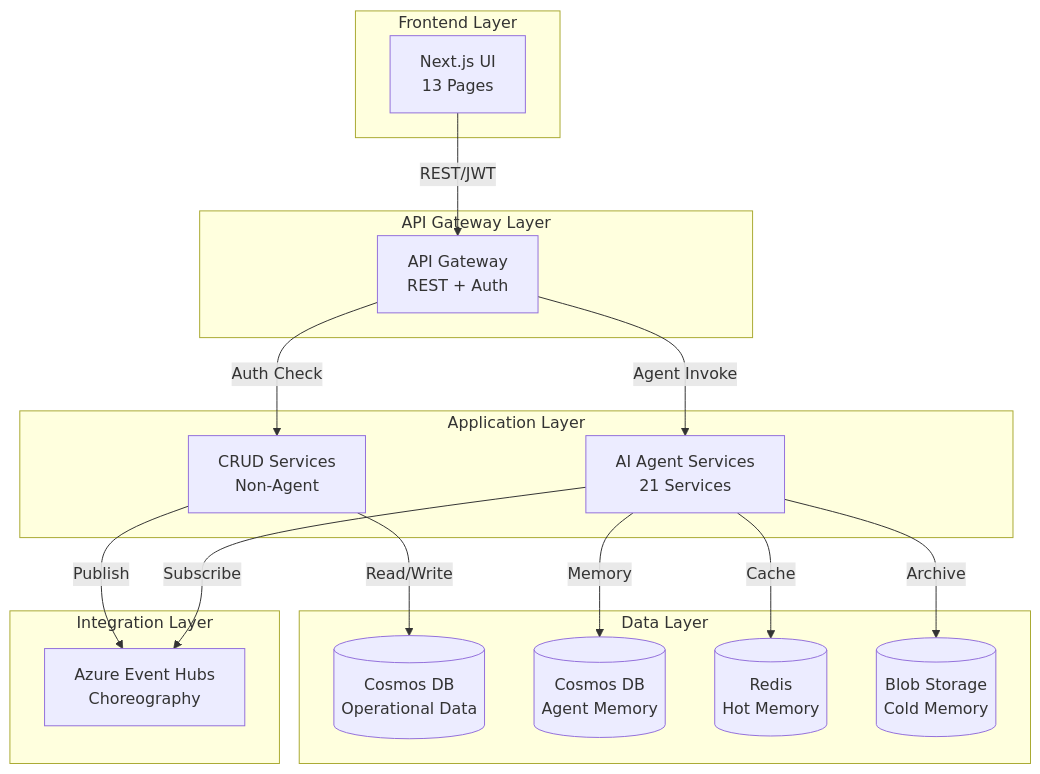
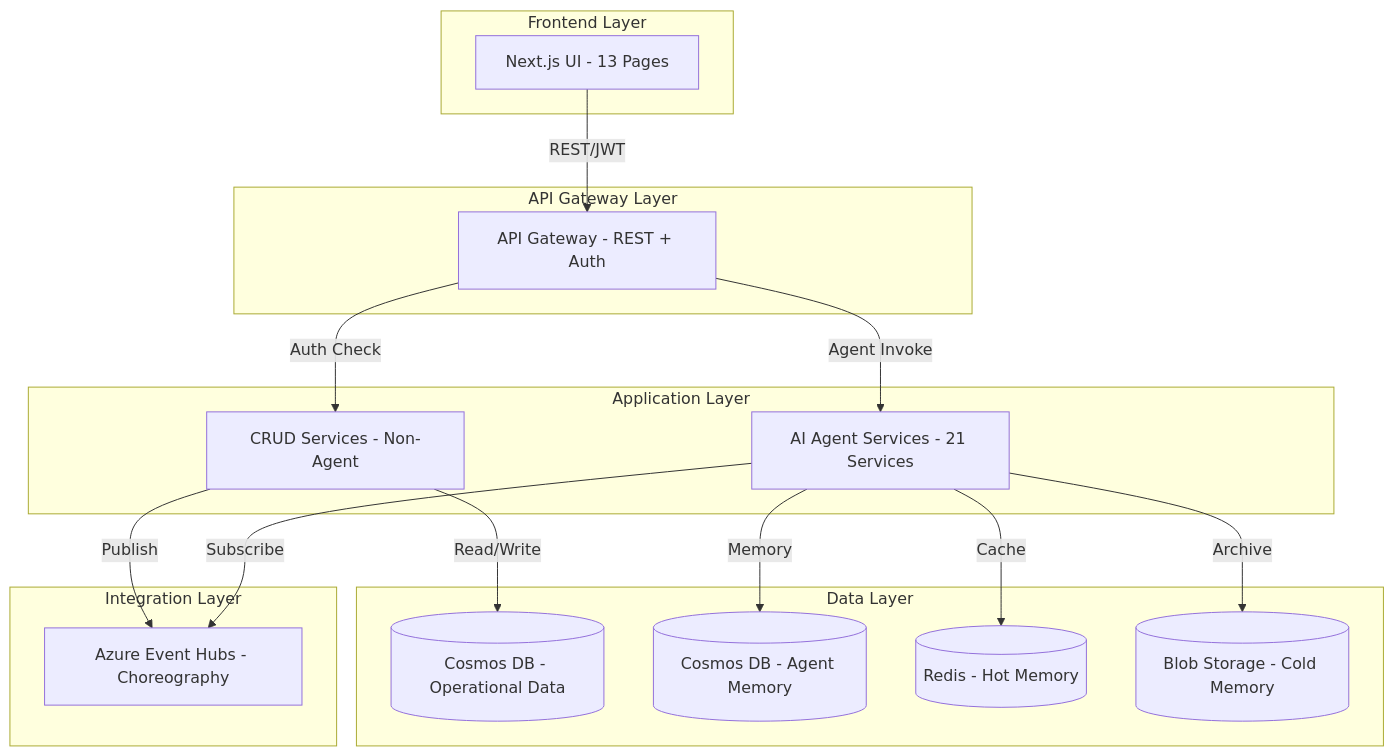
Before and after one commit to Azure-Samples/holiday-peak-hub: the first of 8 diagrams in docs/backend_plan.md, drawn with Mermaid. The commit also changed other lines of this file and 2 other files, not shown here.

Commit message:
docs: fix <br/> in flowchart node labels for GitHub Mermaid rendering

````diff
--- a/docs/backend_plan.md
+++ b/docs/backend_plan.md
@@ -39,36 +39,36 @@
 ```mermaid
 graph TB
     subgraph "Frontend Layer"
-        UI[Next.js UI<br/>13 Pages]
+        UI[Next.js UI - 13 Pages]
     end
     
     subgraph "API Gateway Layer"
-        Gateway[API Gateway<br/>REST + Auth]
+        Gateway[API Gateway - REST + Auth]
     end
     
     subgraph "Application Layer"
-        CRUD[CRUD Services<br/>Non-Agent]
-        Agents[AI Agent Services<br/>21 Services]
+        CRUD[CRUD Services - Non-Agent]
+        Agents[AI Agent Services - 21 Services]
     end
     
     subgraph "Data Layer"
-        CosmosOps[(Cosmos DB<br/>Operational Data)]
-        CosmosMemory[(Cosmos DB<br/>Agent Memory)]
-        Redis[(Redis<br/>Hot Memory)]
-        Blob[(Blob Storage<br/>Cold Memory)]
+        CosmosOps[(Cosmos DB - Operational Data)]
+        CosmosMemory[(Cosmos DB - Agent Memory)]
+        Redis[(Redis - Hot Memory)]
+        Blob[(Blob Storage - Cold Memory)]
     end
     
     subgraph "Integration Layer"
-        EventHubs[Azure Event Hubs<br/>Choreography]
+        EventHubs[Azure Event Hubs - Choreography]
     end
     
     UI -->|REST/JWT| Gateway
     Gateway -->|Auth Check| CRUD
     Gateway -->|Agent Invoke| Agents
     CRUD -->|Read/Write| CosmosOps
     CRUD -->|Publish| EventHubs
     Agents -->|Subscribe| EventHubs
     Agents -->|Memory| CosmosMemory
     Agents -->|Cache| Redis
     Agents -->|Archive| Blob
 ```
````
